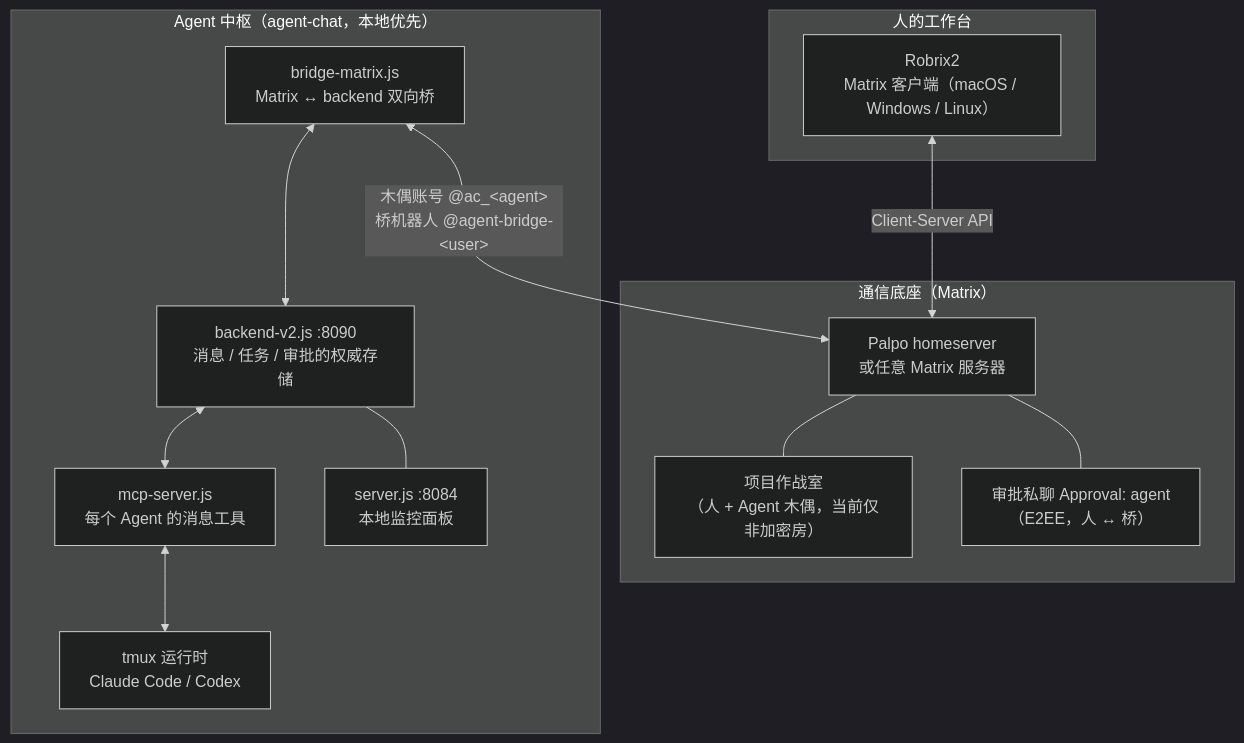
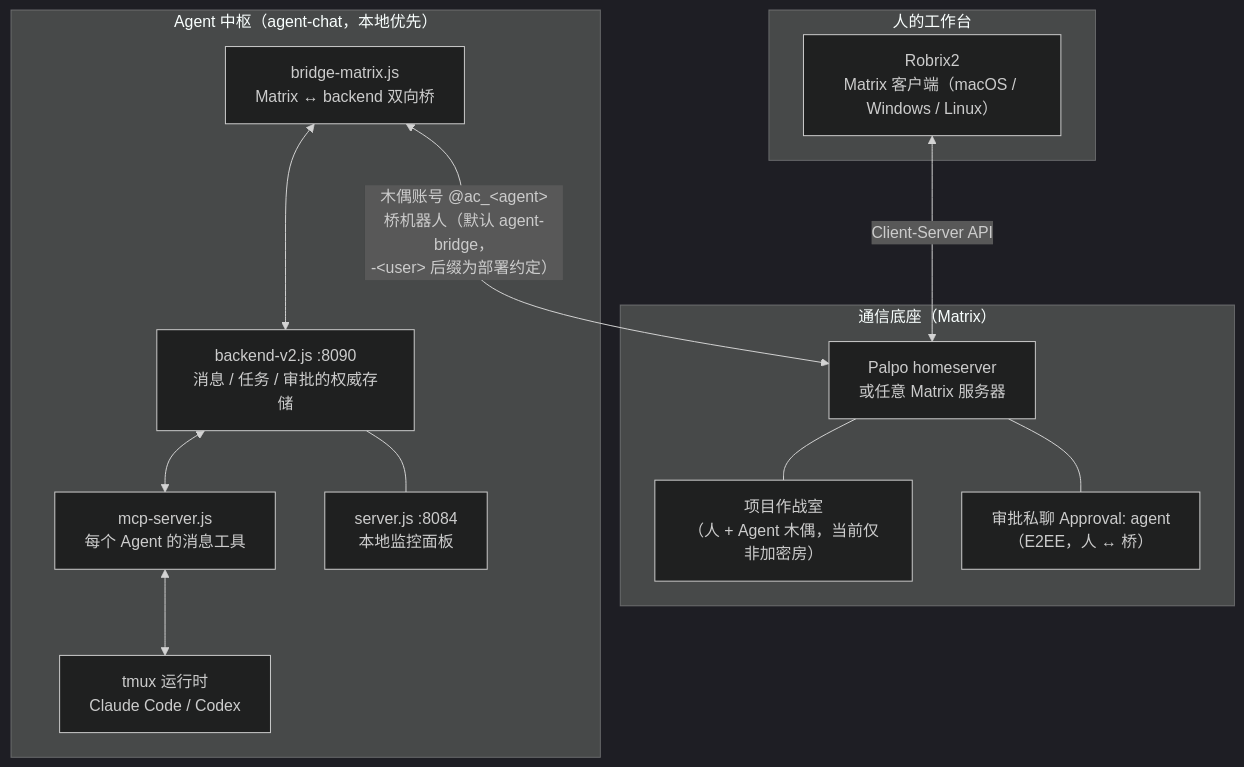
Before and after one commit to Project-Robius-China/robrix2: the diagram in book/zh/src/part2/concept.md, drawn with Mermaid (dark theme). The commit also changed other lines of this file and 17 other files, not shown here.

````diff
--- a/book/zh/src/part2/concept.md
+++ b/book/zh/src/part2/concept.md
@@ -20,29 +20,29 @@
 ```mermaid
 flowchart TB
     subgraph human["人的工作台"]
         R["Robrix2<br/>Matrix 客户端（macOS / Windows / Linux）"]
     end
 
     subgraph matrix["通信底座（Matrix）"]
         P["Palpo homeserver<br/>或任意 Matrix 服务器"]
         room["项目作战室<br/>（人 + Agent 木偶，当前仅非加密房）"]
         appr["审批私聊 Approval: agent<br/>（E2EE，人 ↔ 桥）"]
         P --- room
         P --- appr
     end
 
     subgraph ac["Agent 中枢（agent-chat，本地优先）"]
         BR["bridge-matrix.js<br/>Matrix ↔ backend 双向桥"]
         BE["backend-v2.js :8090<br/>消息 / 任务 / 审批的权威存储"]
         MCP["mcp-server.js<br/>每个 Agent 的消息工具"]
         TMUX["tmux 运行时<br/>Claude Code / Codex"]
         DASH["server.js :8084<br/>本地监控面板"]
         BR <--> BE
         BE <--> MCP
         MCP <--> TMUX
         BE --- DASH
     end
 
     R <-->|Client-Server API| P
-    BR <-->|"木偶账号 @ac_&lt;agent&gt;<br/>桥机器人 @agent-bridge-&lt;user&gt;"| P
+    BR <-->|"木偶账号 @ac_&lt;agent&gt;<br/>桥机器人（默认 agent-bridge，<br/>-&lt;user&gt; 后缀为部署约定）"| P
 ```
````
